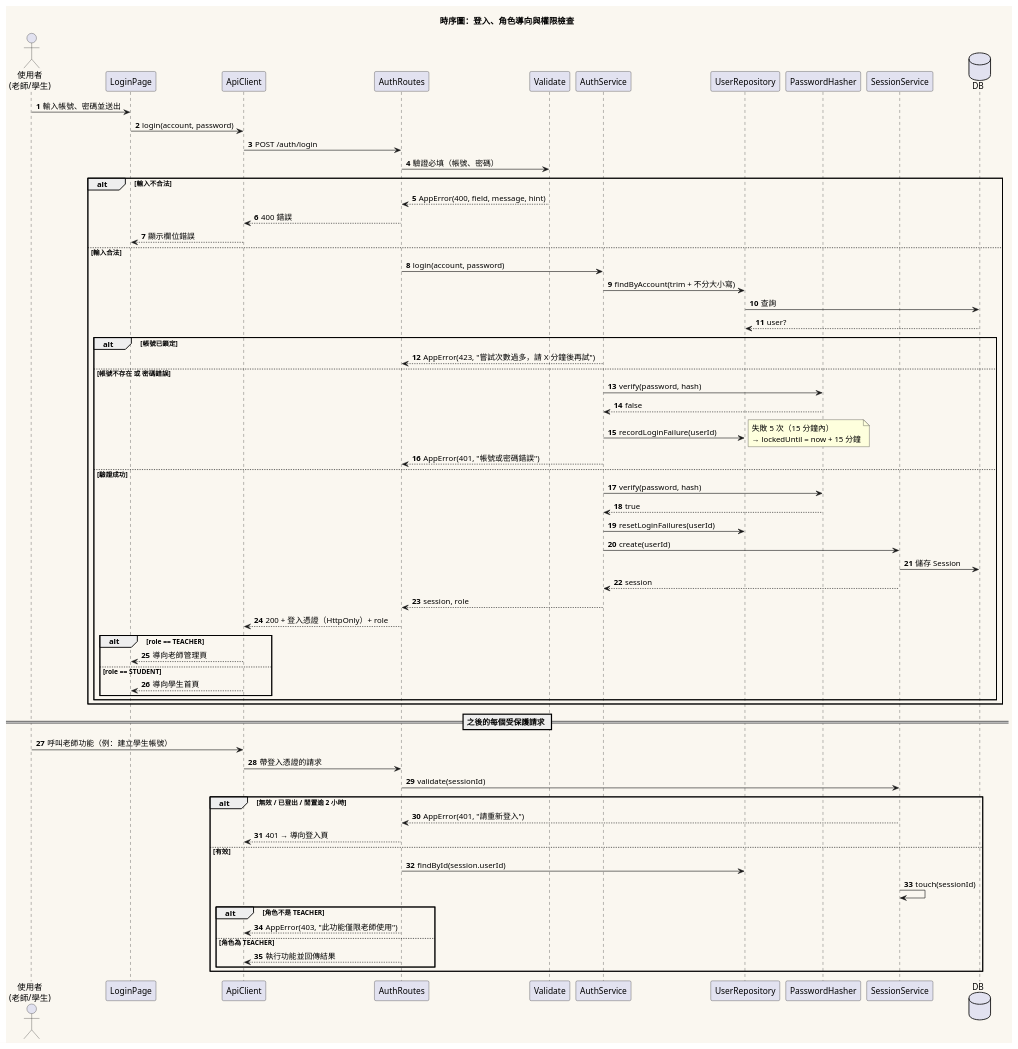
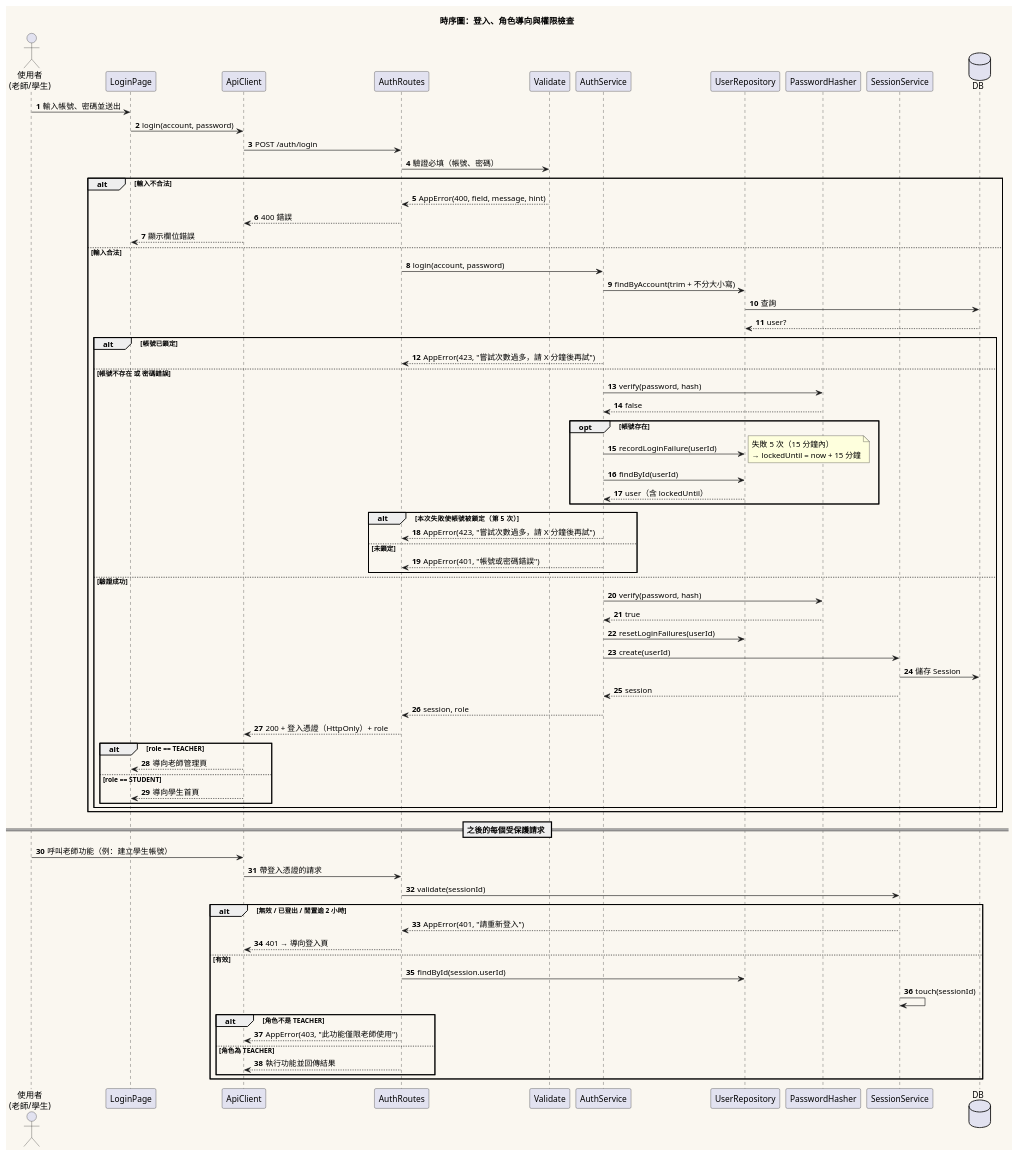
Before and after one commit to Ennn-1023/SE_project: the diagram in diagrams/001-sequence-login.puml, drawn with PlantUML. The commit also changed 3 other files, not shown here.

First line of the commit message:
docs: record T083 manual validation and fix login sequence diagram

```diff
--- a/diagrams/001-sequence-login.puml
+++ b/diagrams/001-sequence-login.puml
@@ -1,73 +1,81 @@
 @startuml 001-sequence-login
 title 時序圖：登入、角色導向與權限檢查
 
 skinparam backgroundColor #FAF7F0
 skinparam shadowing false
 autonumber
 
 actor "使用者\n(老師/學生)" as U
 participant "LoginPage" as LP
 participant "ApiClient" as API
 participant "AuthRoutes" as R
 participant "Validate" as V
 participant "AuthService" as AS
 participant "UserRepository" as UR
 participant "PasswordHasher" as H
 participant "SessionService" as SS
 database "DB" as DB
 
 U -> LP : 輸入帳號、密碼並送出
 LP -> API : login(account, password)
 API -> R : POST /auth/login
 R -> V : 驗證必填（帳號、密碼）
 alt 輸入不合法
   V --> R : AppError(400, field, message, hint)
   R --> API : 400 錯誤
   API --> LP : 顯示欄位錯誤
 else 輸入合法
   R -> AS : login(account, password)
   AS -> UR : findByAccount(trim + 不分大小寫)
   UR -> DB : 查詢
   DB --> UR : user?
   alt 帳號已鎖定
     AS --> R : AppError(423, "嘗試次數過多，請 X 分鐘後再試")
   else 帳號不存在 或 密碼錯誤
     AS -> H : verify(password, hash)
     H --> AS : false
-    AS -> UR : recordLoginFailure(userId)
-    note right : 失敗 5 次（15 分鐘內）\n→ lockedUntil = now + 15 分鐘
-    AS --> R : AppError(401, "帳號或密碼錯誤")
+    opt 帳號存在
+      AS -> UR : recordLoginFailure(userId)
+      note right : 失敗 5 次（15 分鐘內）\n→ lockedUntil = now + 15 分鐘
+      AS -> UR : findById(userId)
+      UR --> AS : user（含 lockedUntil）
+    end
+    alt 本次失敗使帳號被鎖定（第 5 次）
+      AS --> R : AppError(423, "嘗試次數過多，請 X 分鐘後再試")
+    else 未鎖定
+      AS --> R : AppError(401, "帳號或密碼錯誤")
+    end
   else 驗證成功
     AS -> H : verify(password, hash)
     H --> AS : true
     AS -> UR : resetLoginFailures(userId)
     AS -> SS : create(userId)
     SS -> DB : 儲存 Session
     SS --> AS : session
     AS --> R : session, role
     R --> API : 200 + 登入憑證（HttpOnly）+ role
     alt role == TEACHER
       API --> LP : 導向老師管理頁
     else role == STUDENT
       API --> LP : 導向學生首頁
     end
   end
 end
 
 == 之後的每個受保護請求 ==
 U -> API : 呼叫老師功能（例：建立學生帳號）
 API -> R : 帶登入憑證的請求
 R -> SS : validate(sessionId)
 alt 無效 / 已登出 / 閒置逾 2 小時
   SS --> R : AppError(401, "請重新登入")
   R --> API : 401 → 導向登入頁
 else 有效
   R -> UR : findById(session.userId)
   SS -> SS : touch(sessionId)
   alt 角色不是 TEACHER
     R --> API : AppError(403, "此功能僅限老師使用")
   else 角色為 TEACHER
     R --> API : 執行功能並回傳結果
   end
 end
 @enduml
```
